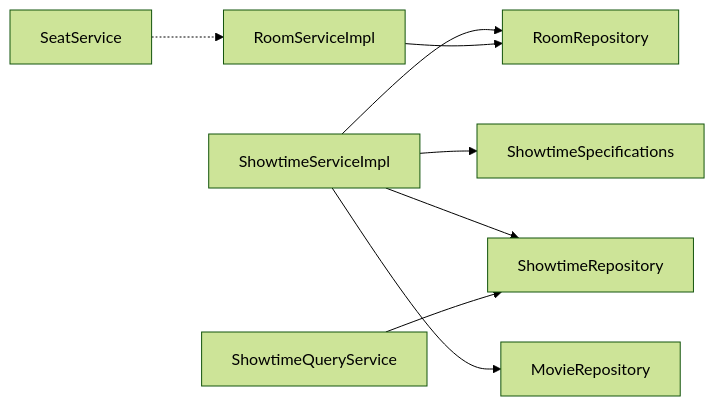
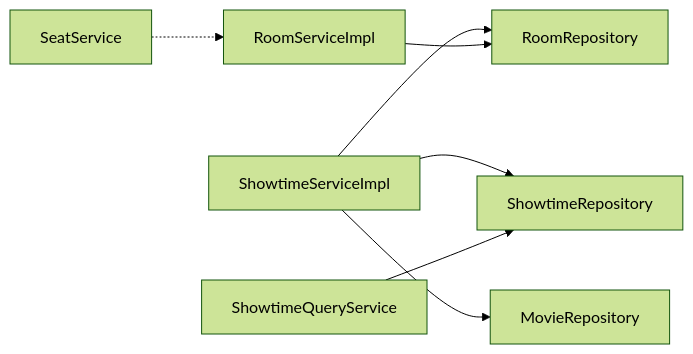
Before and after one commit to anhtudayne/Design_Pattern: the eighth of 8 diagrams in .qoder/repowiki/en/content/Backend Development/Service Layer Implementation/Core Business Services/Showtime Service.md, drawn with Mermaid (forest theme). The commit also changed other lines of this file and 10 other files, not shown here.

````diff
--- a/.qoder/repowiki/en/content/Backend Development/Service Layer Implementation/Core Business Services/Showtime Service.md
+++ b/.qoder/repowiki/en/content/Backend Development/Service Layer Implementation/Core Business Services/Showtime Service.md
@@ -393,10 +399,9 @@
 ```mermaid
 graph LR
-Impl["ShowtimeServiceImpl"] --> Spec["ShowtimeSpecifications"]
-Impl --> Repo["ShowtimeRepository"]
+Impl["ShowtimeServiceImpl"] --> Repo["ShowtimeRepository"]
 Impl --> MRepo["MovieRepository"]
 Impl --> RRepo["RoomRepository"]
 Qry["ShowtimeQueryService"] --> Repo
 RSvc["RoomServiceImpl"] --> RRepo
 SSvc["SeatService"] -.-> RSvc
 ```
````
